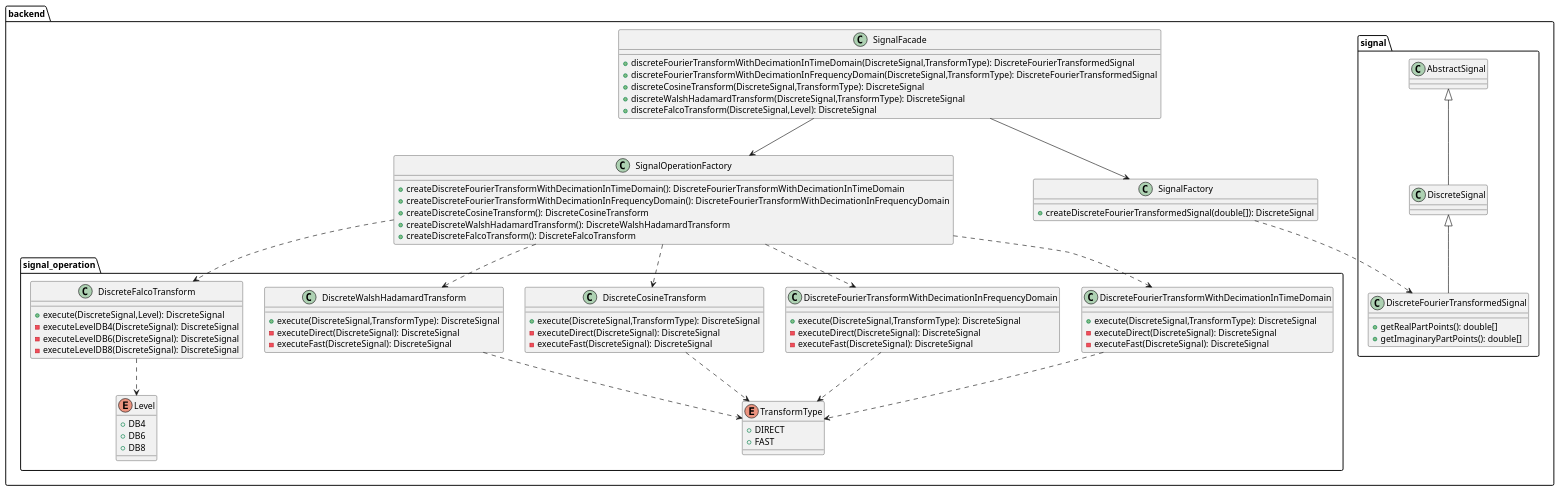
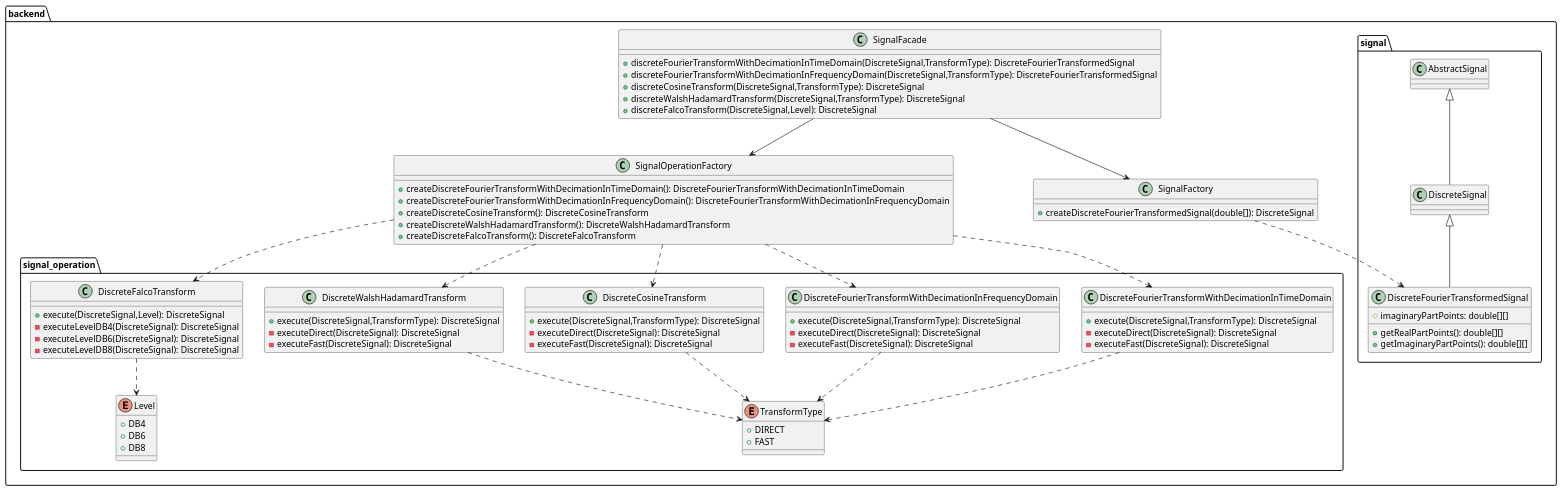
One commit to RadekBucki/DigitalSignalProcessing changed the fifth of 6 diagrams in README.md. Above: the diagram before and after it, drawn with PlantUML. The commit also changed 1 other file, not shown here.

Commit message:
#90 Add DiscreteFourierTransformedSignal

````diff
--- a/README.md
+++ b/README.md
@@ -637,79 +637,80 @@
 ```plantuml
 package backend {
     class SignalFacade {
         + discreteFourierTransformWithDecimationInTimeDomain(DiscreteSignal,TransformType): DiscreteFourierTransformedSignal
         + discreteFourierTransformWithDecimationInFrequencyDomain(DiscreteSignal,TransformType): DiscreteFourierTransformedSignal
         + discreteCosineTransform(DiscreteSignal,TransformType): DiscreteSignal
         + discreteWalshHadamardTransform(DiscreteSignal,TransformType): DiscreteSignal
         + discreteFalcoTransform(DiscreteSignal,Level): DiscreteSignal
     }
     class SignalOperationFactory {
         + createDiscreteFourierTransformWithDecimationInTimeDomain(): DiscreteFourierTransformWithDecimationInTimeDomain
         + createDiscreteFourierTransformWithDecimationInFrequencyDomain(): DiscreteFourierTransformWithDecimationInFrequencyDomain
         + createDiscreteCosineTransform(): DiscreteCosineTransform
         + createDiscreteWalshHadamardTransform(): DiscreteWalshHadamardTransform
         + createDiscreteFalcoTransform(): DiscreteFalcoTransform
     }
     SignalFacade --> SignalOperationFactory
     package signal_operation {
         enum TransformType {
             + DIRECT
             + FAST
         }
         class DiscreteFourierTransformWithDecimationInTimeDomain {
             + execute(DiscreteSignal,TransformType): DiscreteSignal
             - executeDirect(DiscreteSignal): DiscreteSignal
             - executeFast(DiscreteSignal): DiscreteSignal
         }
         DiscreteFourierTransformWithDecimationInTimeDomain ..> TransformType
         class DiscreteFourierTransformWithDecimationInFrequencyDomain {
             + execute(DiscreteSignal,TransformType): DiscreteSignal
             - executeDirect(DiscreteSignal): DiscreteSignal
             - executeFast(DiscreteSignal): DiscreteSignal
         }
         DiscreteFourierTransformWithDecimationInFrequencyDomain ..> TransformType
         class DiscreteCosineTransform {
             + execute(DiscreteSignal,TransformType): DiscreteSignal
             - executeDirect(DiscreteSignal): DiscreteSignal
             - executeFast(DiscreteSignal): DiscreteSignal
         }
         DiscreteCosineTransform ..> TransformType
         class DiscreteWalshHadamardTransform {
             + execute(DiscreteSignal,TransformType): DiscreteSignal
             - executeDirect(DiscreteSignal): DiscreteSignal
             - executeFast(DiscreteSignal): DiscreteSignal
         }
         DiscreteWalshHadamardTransform ..> TransformType
         
         enum Level {
             + DB4
             + DB6
             + DB8
         }
         class DiscreteFalcoTransform {
             + execute(DiscreteSignal,Level): DiscreteSignal
             - executeLevelDB4(DiscreteSignal): DiscreteSignal
             - executeLevelDB6(DiscreteSignal): DiscreteSignal
             - executeLevelDB8(DiscreteSignal): DiscreteSignal
         }
         DiscreteFalcoTransform ..> Level
     }
     SignalOperationFactory ..> DiscreteFourierTransformWithDecimationInTimeDomain
     SignalOperationFactory ..> DiscreteFourierTransformWithDecimationInFrequencyDomain
     SignalOperationFactory ..> DiscreteCosineTransform
     SignalOperationFactory ..> DiscreteWalshHadamardTransform
     SignalOperationFactory ..> DiscreteFalcoTransform
     class SignalFactory {
         + createDiscreteFourierTransformedSignal(double[]): DiscreteSignal
     }
     package signal {
         SignalFactory ..> DiscreteFourierTransformedSignal
         SignalFacade --> SignalFactory
         class DiscreteSignal extends AbstractSignal
         class DiscreteFourierTransformedSignal extends DiscreteSignal {
-            + getRealPartPoints(): double[]
-            + getImaginaryPartPoints(): double[]
+            # imaginaryPartPoints: double[][]
+            + getRealPartPoints(): double[][]
+            + getImaginaryPartPoints(): double[][]
         }
     }
 }
 ```
````
